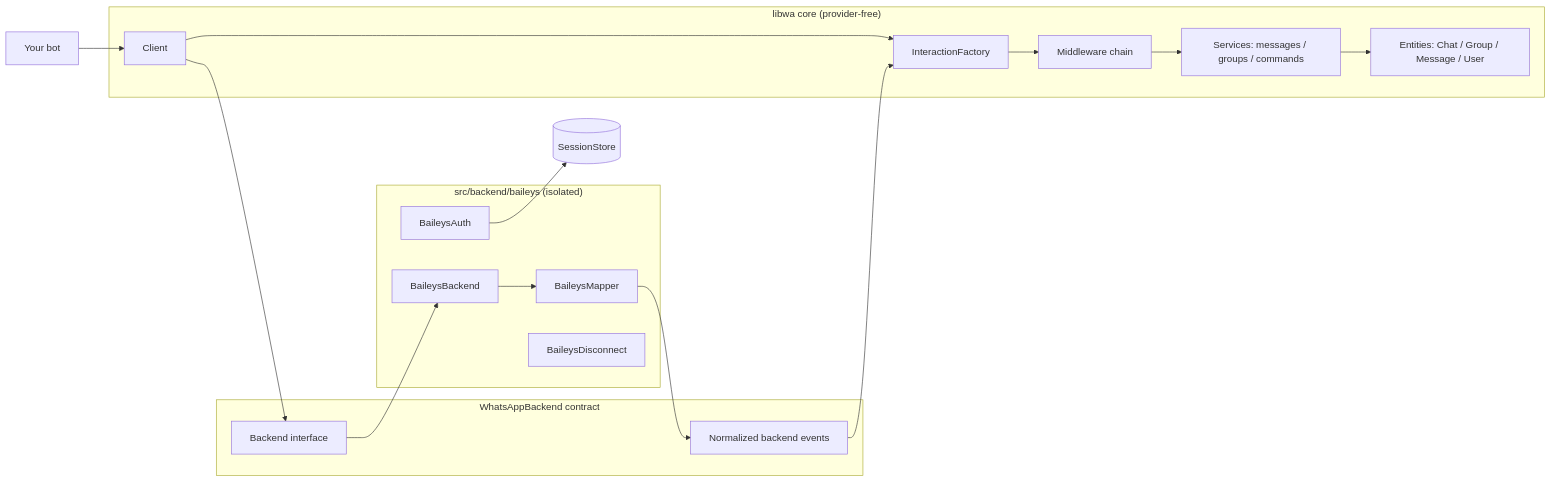
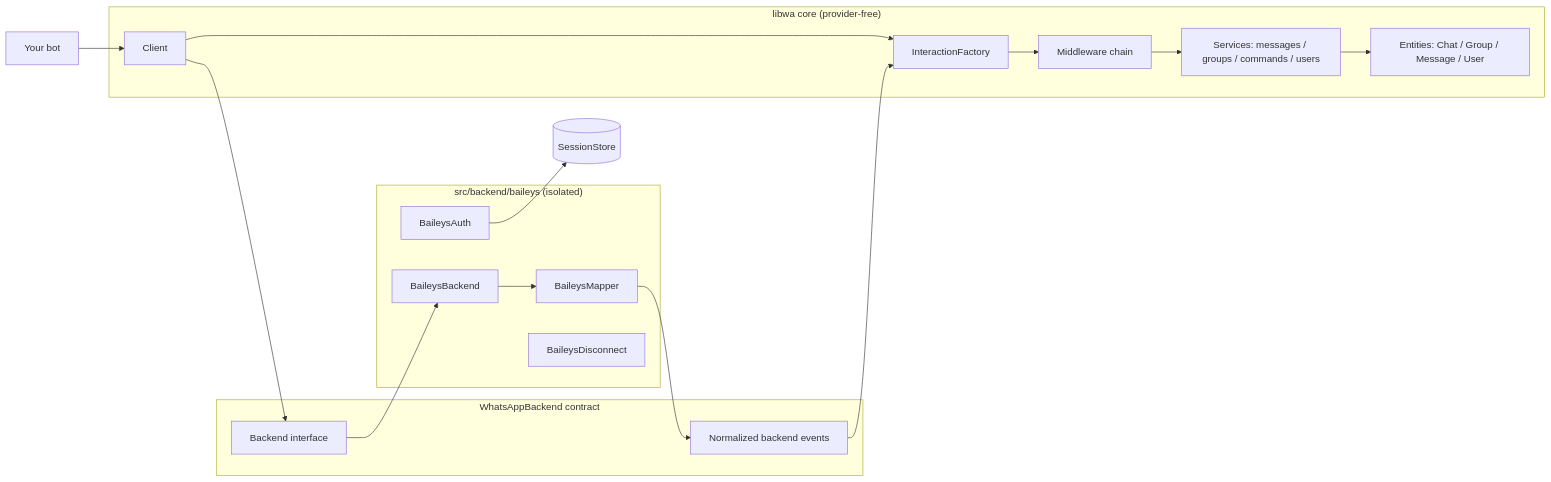
Before and after one commit to Gustavo10Destroyer/libwa-docs: the first of 2 diagrams in guide/introduction.md, drawn with Mermaid. The commit also changed other lines of this file and 3 other files, not shown here.

````diff
--- a/guide/introduction.md
+++ b/guide/introduction.md
@@ -67,30 +67,30 @@
 ```mermaid
 flowchart LR
     subgraph Core["libwa core (provider-free)"]
         C[Client]
         F[InteractionFactory]
         M[Middleware chain]
-        S[Services: messages / groups / commands]
+        S[Services: messages / groups / commands / users]
         E[Entities: Chat / Group / Message / User]
         C --> F --> M --> S
         S --> E
     end
 
     subgraph Contract["WhatsAppBackend contract"]
         B[Backend interface]
         EV[Normalized backend events]
     end
 
     subgraph Provider["src/backend/baileys (isolated)"]
         BB[BaileysBackend]
         MAP[BaileysMapper]
         AUTH[BaileysAuth]
         DISC[BaileysDisconnect]
     end
 
     APP[Your bot] --> C
     BB --> MAP --> EV --> F
     C --> B
     B --> BB
     AUTH --> SS[(SessionStore)]
 ```
````
